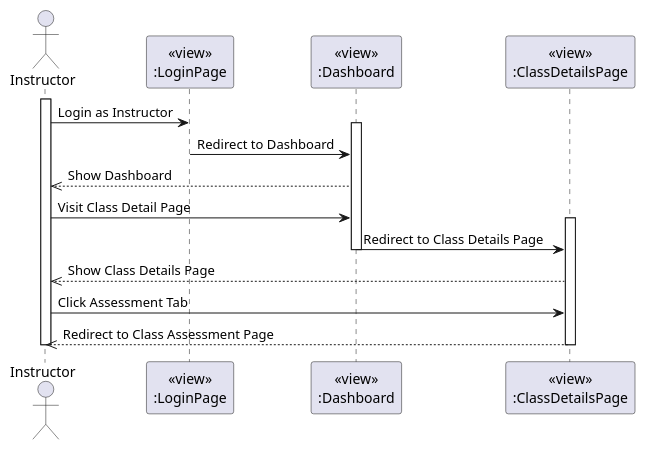
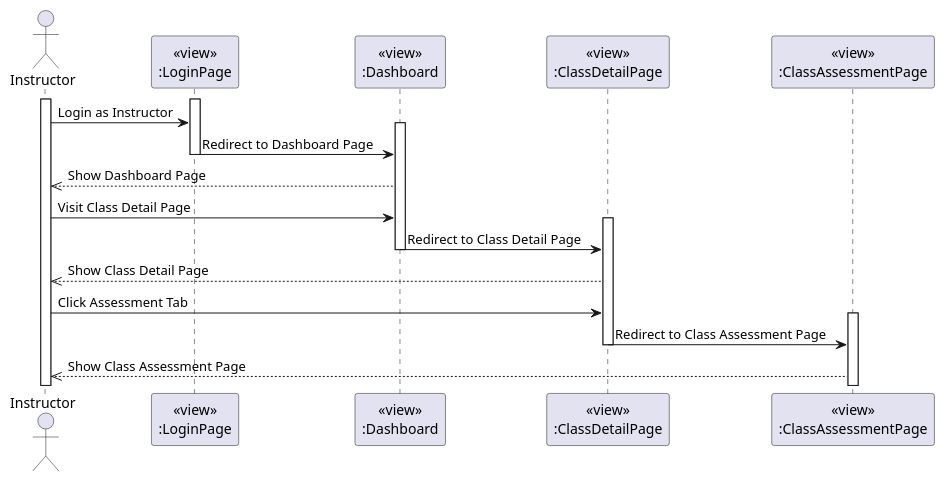
One commit to felixpherry/Lecturna-UML changed the diagram in 096. Manage Assessment/Sequence Diagram.puml. Above: the diagram before and after it, drawn with PlantUML. The commit also changed 82 other files, not shown here.

Commit message:
Fix: Sequence Diagrams

```diff
--- a/096. Manage Assessment/Sequence Diagram.puml
+++ b/096. Manage Assessment/Sequence Diagram.puml
@@ -1,38 +1,46 @@
 @startuml ManageAssessment
 actor Instructor
 participant LoginPageView [
   <<view>>
   :LoginPage
 ]
 
 participant DashboardView [
   <<view>>
   :Dashboard
 ]
 
-participant ClassDetailsPageView [
+participant ClassDetailView [
   <<view>>
-  :ClassDetailsPage
+  :ClassDetailPage
+]
+
+participant AssessmentPageView [
+  <<view>>
+  :ClassAssessmentPage
 ]
 
 activate Instructor
+activate LoginPageView
 Instructor -> LoginPageView: Login as Instructor
 activate DashboardView
-LoginPageView -> DashboardView: Redirect to Dashboard
+LoginPageView -> DashboardView: Redirect to Dashboard Page
 deactivate LoginPageView
 
-DashboardView -->> Instructor: Show Dashboard
+DashboardView -->> Instructor: Show Dashboard Page
 
 Instructor -> DashboardView: Visit Class Detail Page
-activate ClassDetailsPageView
-DashboardView -> ClassDetailsPageView: Redirect to Class Details Page
+activate ClassDetailView
+DashboardView -> ClassDetailView: Redirect to Class Detail Page
 deactivate DashboardView
 
-ClassDetailsPageView -->> Instructor: Show Class Details Page
+ClassDetailView -->> Instructor: Show Class Detail Page
 
-Instructor -> ClassDetailsPageView: Click Assessment Tab
-ClassDetailsPageView -->> Instructor: Redirect to Class Assessment Page
+Instructor -> ClassDetailView: Click Assessment Tab
+activate AssessmentPageView
+ClassDetailView -> AssessmentPageView: Redirect to Class Assessment Page
+deactivate ClassDetailView
 
-deactivate Instructor
-deactivate ClassDetailsPageView
+AssessmentPageView -->> Instructor: Show Class Assessment Page
+
 @enduml
```
